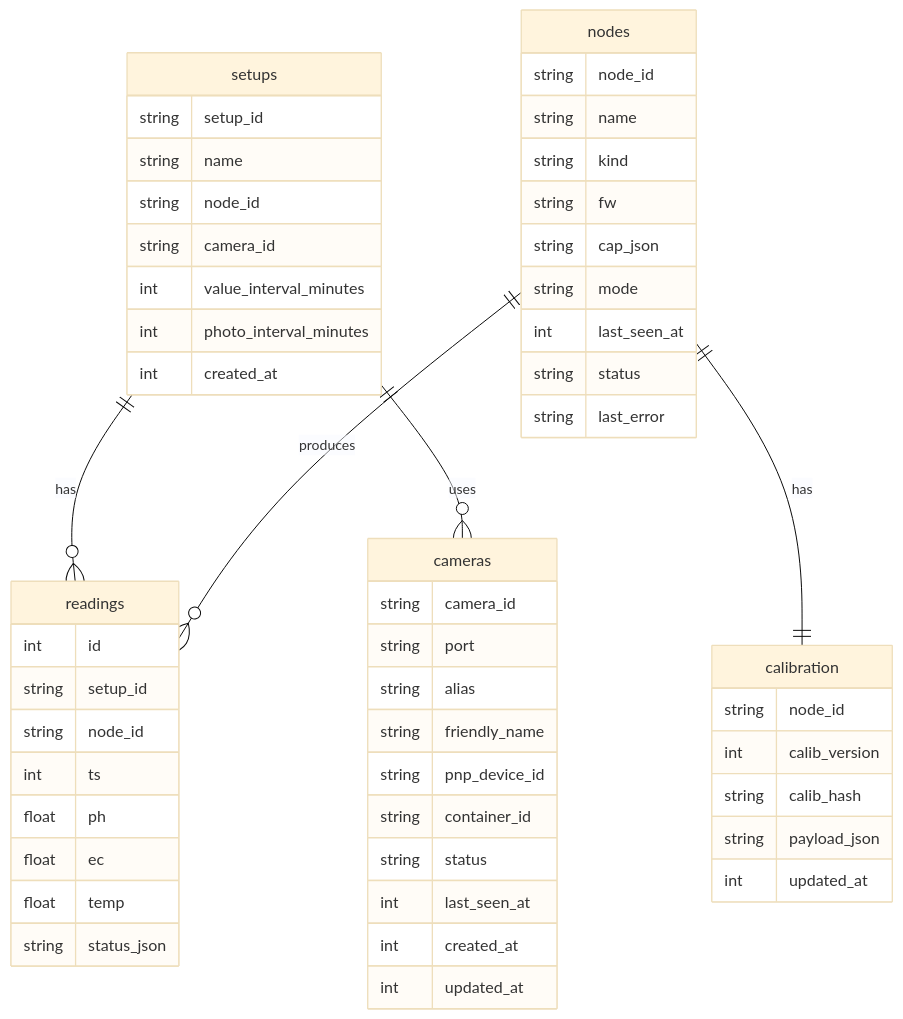
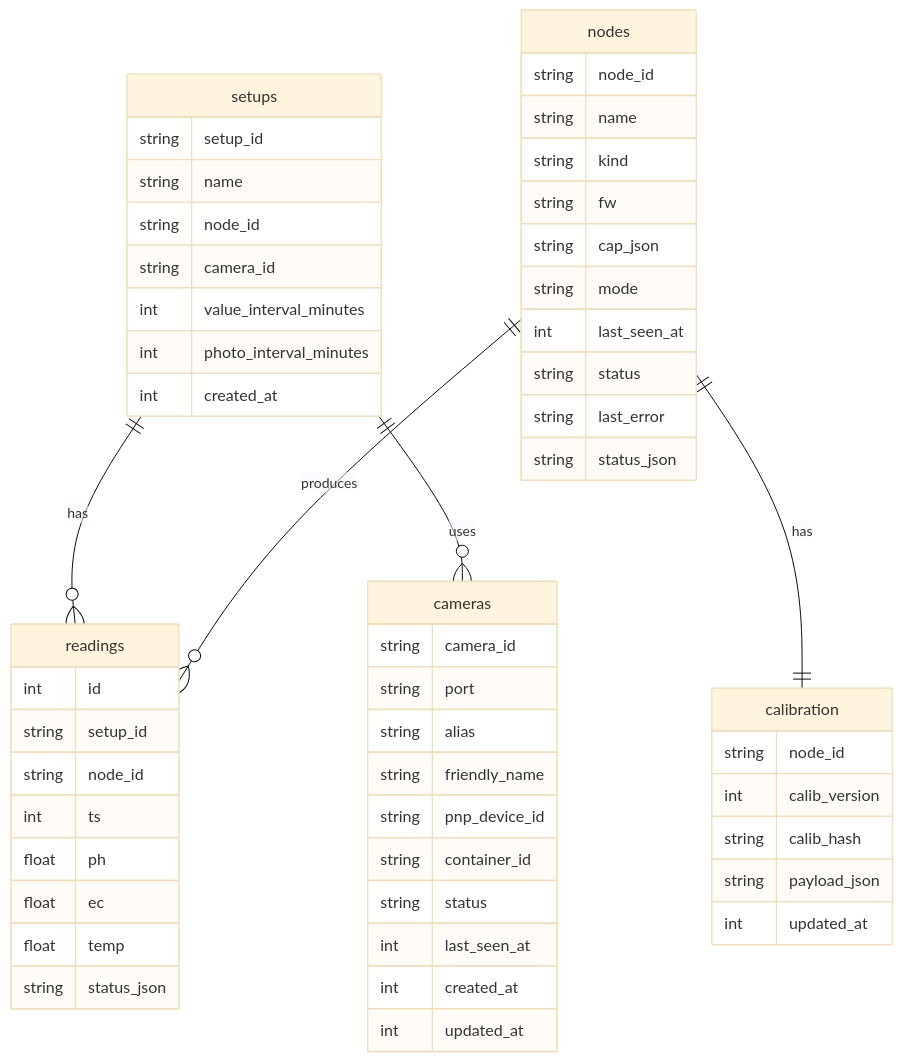
One commit to nilu-s/Hydroponik_Observer changed the diagram in docs/data-model.md. Above: the diagram before and after it, drawn with Mermaid (base theme). The commit also changed other lines of this file and 17 other files, not shown here.

````diff
--- a/docs/data-model.md
+++ b/docs/data-model.md
@@ -7,61 +7,62 @@
 ```mermaid
 erDiagram
   setups ||--o{ readings : has
   nodes ||--o{ readings : produces
   setups ||--o{ cameras : uses
   nodes ||--|| calibration : has
 
   setups {
     string setup_id
     string name
     string node_id
     string camera_id
     int value_interval_minutes
     int photo_interval_minutes
     int created_at
   }
 
   nodes {
     string node_id
     string name
     string kind
     string fw
     string cap_json
     string mode
     int last_seen_at
     string status
     string last_error
+    string status_json
   }
 
   readings {
     int id
     string setup_id
     string node_id
     int ts
     float ph
     float ec
     float temp
     string status_json
   }
 
   cameras {
     string camera_id
     string port
     string alias
     string friendly_name
     string pnp_device_id
     string container_id
     string status
     int last_seen_at
     int created_at
     int updated_at
   }
 
   calibration {
     string node_id
     int calib_version
     string calib_hash
     string payload_json
     int updated_at
   }
 ```
````
